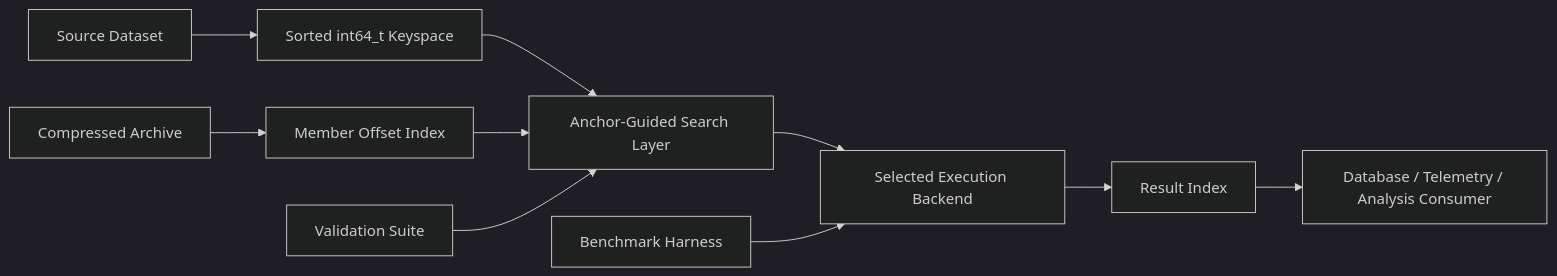
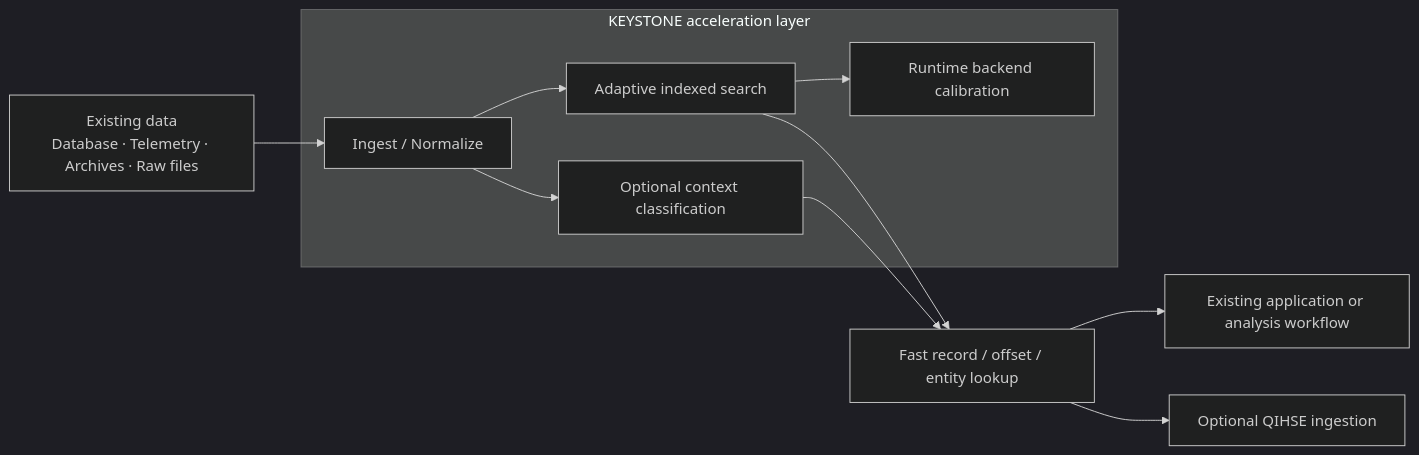
The first of 2 diagrams in README.md (SWORDIntel/KEYSTONE), drawn with Mermaid (dark theme) before and after one commit. The commit also changed other lines of this file and 3 other files, not shown here.

````diff
--- a/README.md
+++ b/README.md
@@ -190,14 +71,15 @@
 ```mermaid
 flowchart LR
-    Source["Source Dataset"] --> Normalize["Sorted int64_t Keyspace"]
-    Normalize --> Anchor["Anchor-Guided Search Layer"]
-    Anchor --> Backend["Selected Execution Backend"]
-    Backend --> Index["Result Index"]
-    Index --> Consumer["Database / Telemetry / Analysis Consumer"]
+    A["Existing data\nDatabase · Telemetry · Archives · Raw files"] --> I
 
-    Archive["Compressed Archive"] --> Member["Member Offset Index"]
-    Member --> Anchor
+    subgraph KS["KEYSTONE acceleration layer"]
+        I["Ingest / Normalize"] --> S["Adaptive indexed search"]
+        S --> C["Runtime backend calibration"]
+        I --> M["Optional context classification"]
+    end
 
-    Bench["Benchmark Harness"] --> Backend
-    Tests["Validation Suite"] --> Anchor
+    S --> R["Fast record / offset / entity lookup"]
+    M --> R
+    R --> X["Existing application or analysis workflow"]
+    R --> Q["Optional QIHSE ingestion"]
 ```
````
